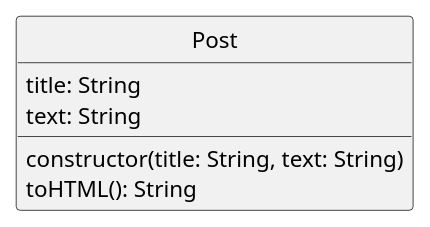
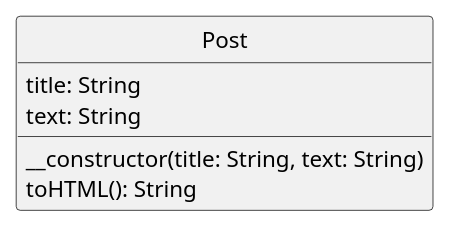
The diagram in core/object/assets/object-post-tohtml.pu (ifpb/php-guide), drawn with PlantUML before and after one commit. The commit also changed 14 other files, not shown here.

Commit message:
ajustando uml do oo

```diff
--- a/core/object/assets/object-post-tohtml.pu
+++ b/core/object/assets/object-post-tohtml.pu
@@ -1,12 +1,12 @@
 @startuml
 skinparam classAttributeIconSize 0
 skinparam monochrome true
 hide circle
 
 class Post {
     title: String
     text: String
-    constructor(title: String, text: String)
+    __constructor(title: String, text: String)
     toHTML(): String
 }
 @enduml
```
